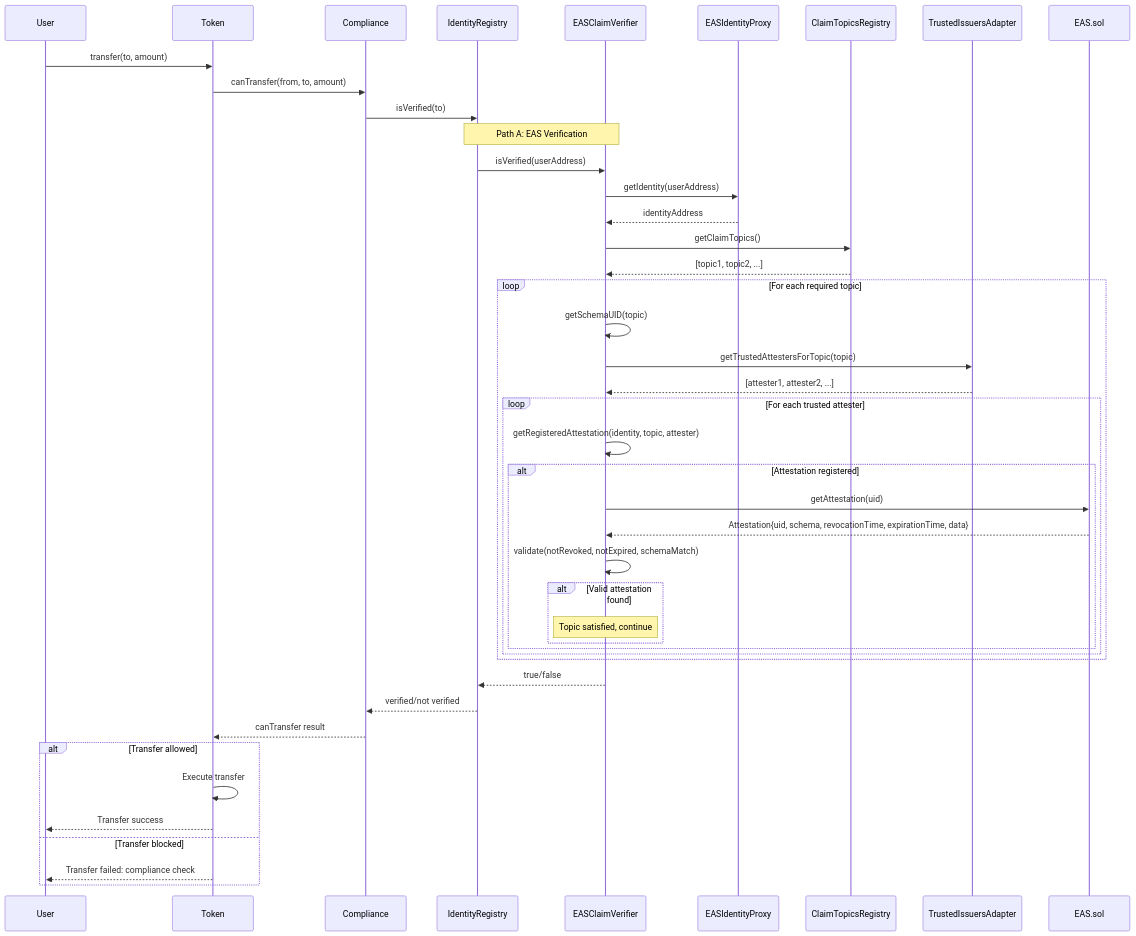
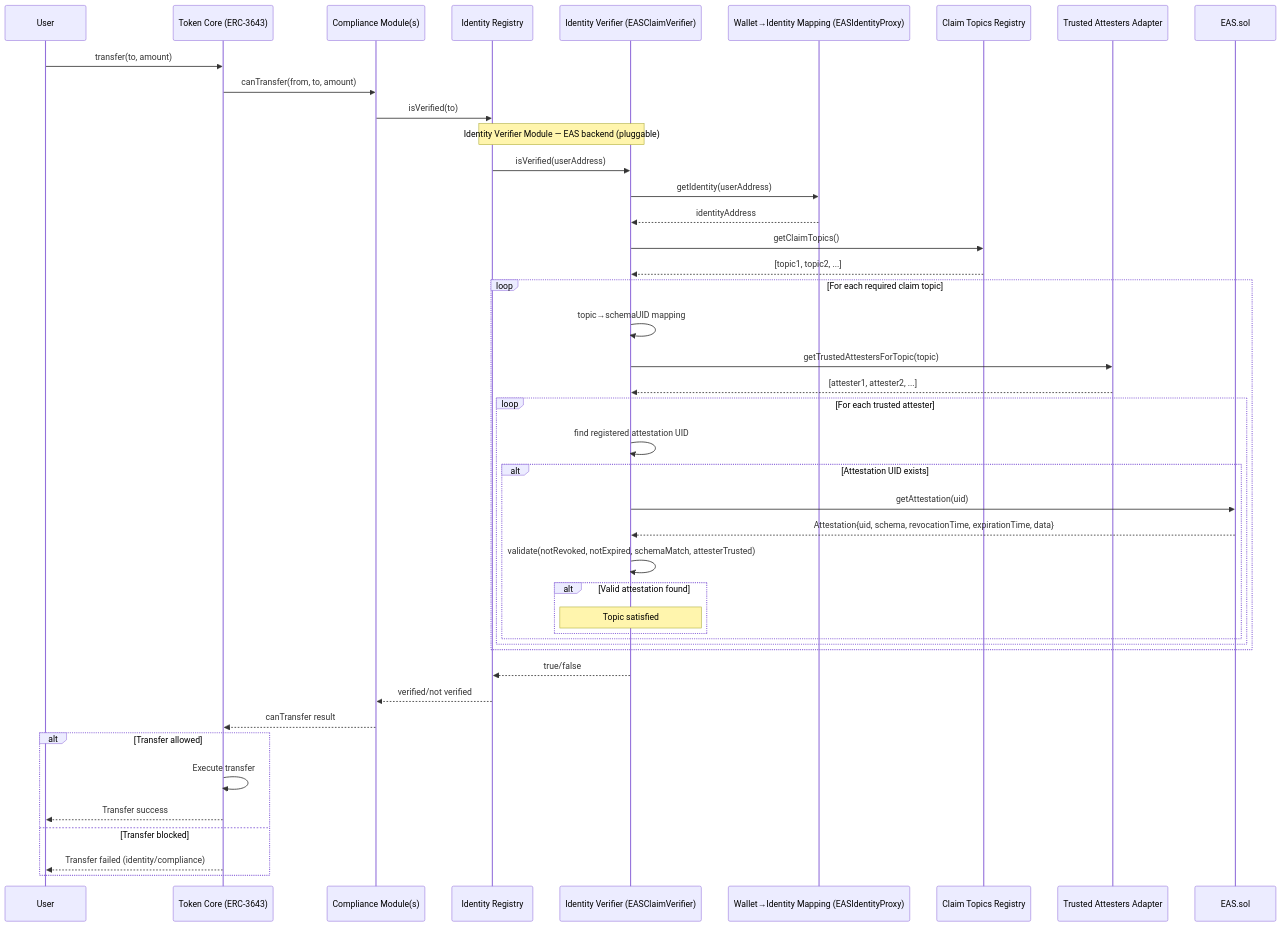
Before and after one commit to EntEthAlliance/rnd-rwa-erc3643-eas: the diagram in diagrams/transfer-verification-flow.mmd, drawn with Mermaid. The commit also changed 3 other files, not shown here.

First line of the commit message:
docs: align PRD + diagrams with OZ Identity Verifier module vocabulary

```diff
--- a/diagrams/transfer-verification-flow.mmd
+++ b/diagrams/transfer-verification-flow.mmd
@@ -1,52 +1,55 @@
 sequenceDiagram
+    %% Mirrors OpenZeppelin RWA vocabulary: token → compliance → identity verifier module
     participant User
-    participant Token
-    participant Compliance
-    participant IR as IdentityRegistry
-    participant ECV as EASClaimVerifier
-    participant EIP as EASIdentityProxy
-    participant CTR as ClaimTopicsRegistry
-    participant TIA as TrustedIssuersAdapter
+    participant Token as Token Core (ERC-3643)
+    participant Compliance as Compliance Module(s)
+    participant IR as Identity Registry
+    participant Verifier as Identity Verifier (EASClaimVerifier)
+    participant EIP as Wallet→Identity Mapping (EASIdentityProxy)
+    participant CTR as Claim Topics Registry
+    participant TIA as Trusted Attesters Adapter
     participant EAS as EAS.sol
 
     User->>Token: transfer(to, amount)
     Token->>Compliance: canTransfer(from, to, amount)
+
+    %% ERC-3643: compliance gates call into identity checks (via Identity Registry)
     Compliance->>IR: isVerified(to)
 
-    Note over IR,ECV: Path A: EAS Verification
-    IR->>ECV: isVerified(userAddress)
+    Note over IR,Verifier: Identity Verifier Module — EAS backend (pluggable)
+    IR->>Verifier: isVerified(userAddress)
 
-    ECV->>EIP: getIdentity(userAddress)
-    EIP-->>ECV: identityAddress
+    Verifier->>EIP: getIdentity(userAddress)
+    EIP-->>Verifier: identityAddress
 
-    ECV->>CTR: getClaimTopics()
-    CTR-->>ECV: [topic1, topic2, ...]
+    Verifier->>CTR: getClaimTopics()
+    CTR-->>Verifier: [topic1, topic2, ...]
 
-    loop For each required topic
-        ECV->>ECV: getSchemaUID(topic)
-        ECV->>TIA: getTrustedAttestersForTopic(topic)
-        TIA-->>ECV: [attester1, attester2, ...]
+    loop For each required claim topic
+        Verifier->>Verifier: topic→schemaUID mapping
+        Verifier->>TIA: getTrustedAttestersForTopic(topic)
+        TIA-->>Verifier: [attester1, attester2, ...]
 
         loop For each trusted attester
-            ECV->>ECV: getRegisteredAttestation(identity, topic, attester)
-            alt Attestation registered
-                ECV->>EAS: getAttestation(uid)
-                EAS-->>ECV: Attestation{uid, schema, revocationTime, expirationTime, data}
-                ECV->>ECV: validate(notRevoked, notExpired, schemaMatch)
+            Verifier->>Verifier: find registered attestation UID
+            alt Attestation UID exists
+                Verifier->>EAS: getAttestation(uid)
+                EAS-->>Verifier: Attestation{uid, schema, revocationTime, expirationTime, data}
+                Verifier->>Verifier: validate(notRevoked, notExpired, schemaMatch, attesterTrusted)
                 alt Valid attestation found
-                    Note over ECV: Topic satisfied, continue
+                    Note over Verifier: Topic satisfied
                 end
             end
         end
     end
 
-    ECV-->>IR: true/false
+    Verifier-->>IR: true/false
     IR-->>Compliance: verified/not verified
     Compliance-->>Token: canTransfer result
 
     alt Transfer allowed
         Token->>Token: Execute transfer
         Token-->>User: Transfer success
     else Transfer blocked
-        Token-->>User: Transfer failed: compliance check
+        Token-->>User: Transfer failed (identity/compliance)
     end
```
